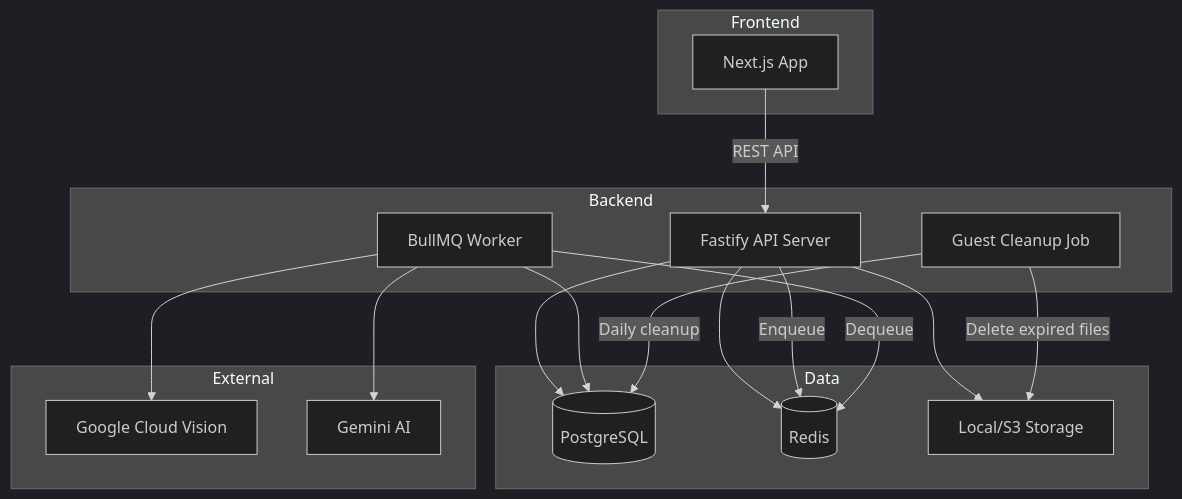
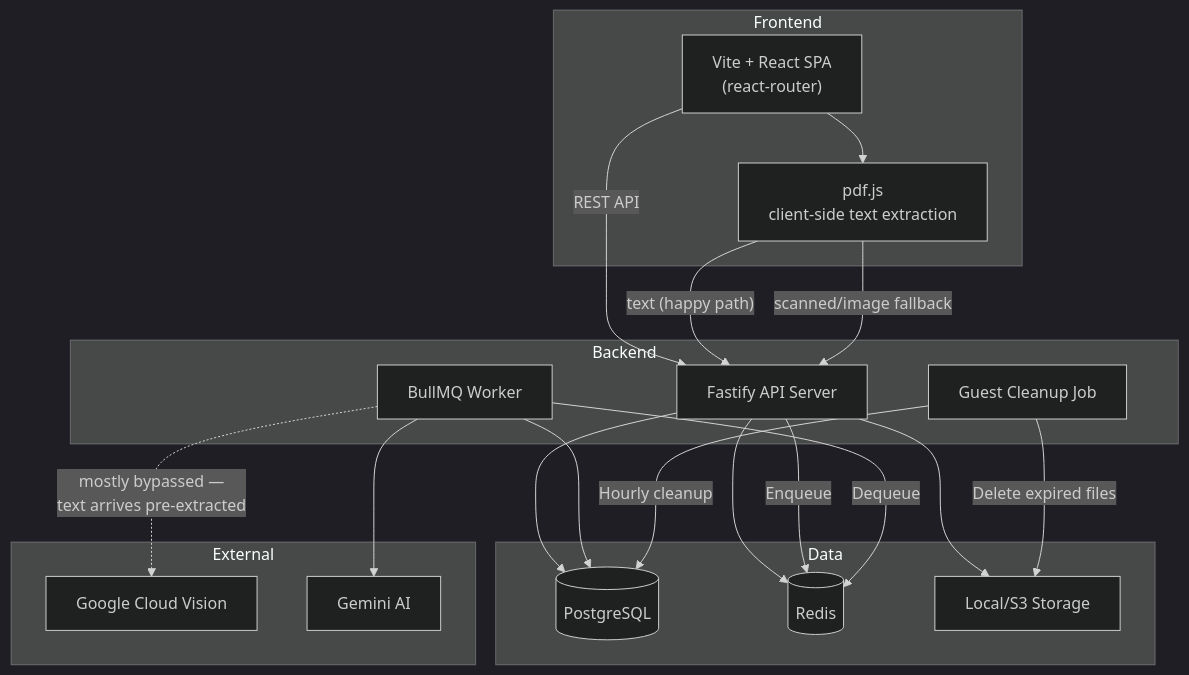
The second of 2 diagrams in docs/roadmap.md (muhammedmueen/offerlens), drawn with Mermaid (dark theme) before and after one commit. The commit also changed other lines of this file and 1 other file, not shown here.

````diff
--- a/docs/roadmap.md
+++ b/docs/roadmap.md
@@ -621,35 +708,39 @@
 ```mermaid
 flowchart TB
     subgraph Frontend
-        A[Next.js App]
+        A["Vite + React SPA<br/>(react-router)"]
+        A2["pdf.js<br/>client-side text extraction"]
+        A --> A2
     end
 
     subgraph Backend
         B[Fastify API Server]
         C[BullMQ Worker]
         D[Guest Cleanup Job]
     end
 
     subgraph Data
         E[(PostgreSQL)]
         F[(Redis)]
         G[Local/S3 Storage]
     end
 
     subgraph External
         H[Google Cloud Vision]
         I[Gemini AI]
     end
 
     A -->|REST API| B
+    A2 -->|"text (happy path)"| B
+    A2 -->|"scanned/image fallback"| B
     B --> E
     B --> F
     B --> G
     B -->|Enqueue| F
     C -->|Dequeue| F
-    C --> H
+    C -.->|"mostly bypassed —<br/>text arrives pre-extracted"| H
     C --> I
     C --> E
-    D -->|Daily cleanup| E
+    D -->|Hourly cleanup| E
     D -->|Delete expired files| G
 ```
````
